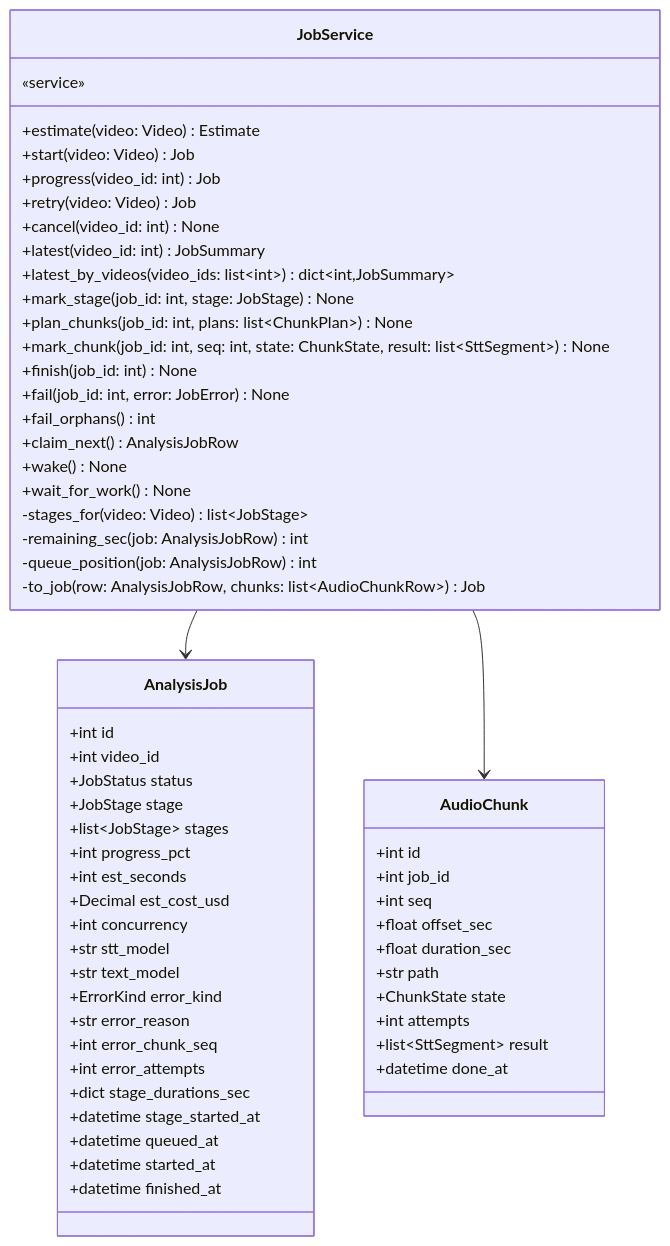
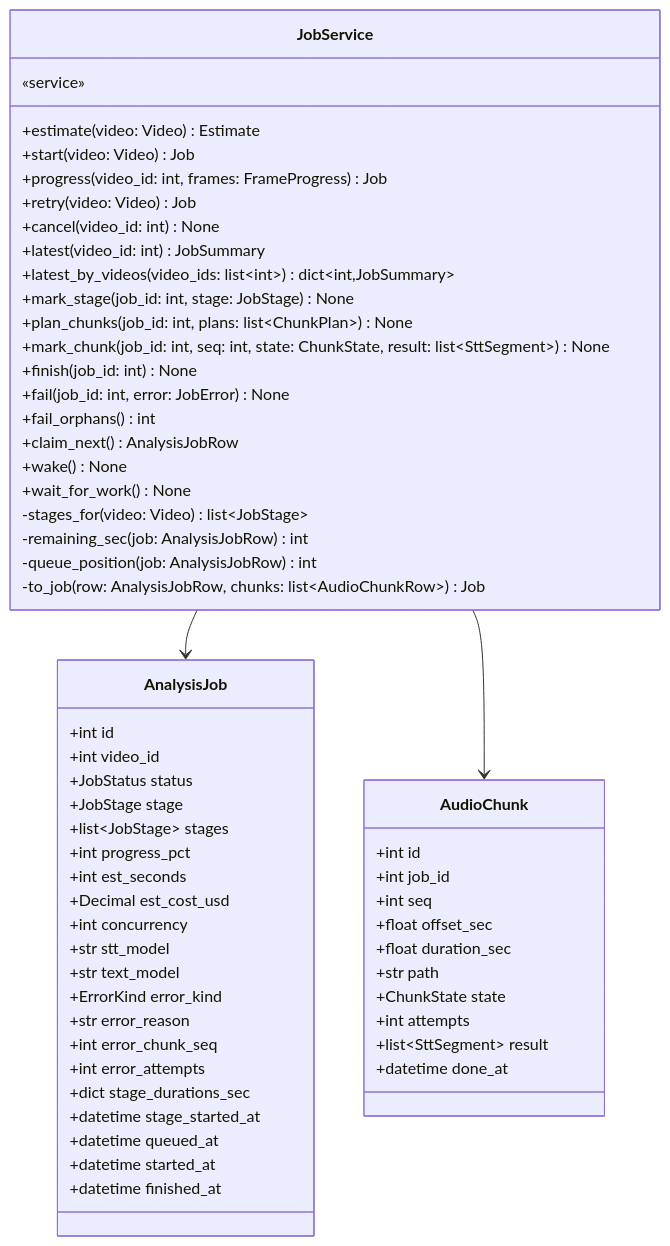
Diagram 17 of 20 in docs/specs/06-DOM/VA-DOM-002.md (HoyoungParkme/video-agent), drawn with Mermaid before and after one commit. The commit also changed other lines of this file, not shown here.

````diff
--- a/docs/specs/06-DOM/VA-DOM-002.md
+++ b/docs/specs/06-DOM/VA-DOM-002.md
@@ -672,62 +783,62 @@
 ```mermaid
 classDiagram
     class JobService {
         «service»
         +estimate(video: Video) Estimate
         +start(video: Video) Job
-        +progress(video_id: int) Job
+        +progress(video_id: int, frames: FrameProgress) Job
         +retry(video: Video) Job
         +cancel(video_id: int) None
         +latest(video_id: int) JobSummary
         +latest_by_videos(video_ids: list~int~) dict~int,JobSummary~
         +mark_stage(job_id: int, stage: JobStage) None
         +plan_chunks(job_id: int, plans: list~ChunkPlan~) None
         +mark_chunk(job_id: int, seq: int, state: ChunkState, result: list~SttSegment~) None
         +finish(job_id: int) None
         +fail(job_id: int, error: JobError) None
         +fail_orphans() int
         +claim_next() AnalysisJobRow
         +wake() None
         +wait_for_work() None
         -stages_for(video: Video) list~JobStage~
         -remaining_sec(job: AnalysisJobRow) int
         -queue_position(job: AnalysisJobRow) int
         -to_job(row: AnalysisJobRow, chunks: list~AudioChunkRow~) Job
     }
     class AnalysisJob {
         +int id
         +int video_id
         +JobStatus status
         +JobStage stage
         +list~JobStage~ stages
         +int progress_pct
         +int est_seconds
         +Decimal est_cost_usd
         +int concurrency
         +str stt_model
         +str text_model
         +ErrorKind error_kind
         +str error_reason
         +int error_chunk_seq
         +int error_attempts
         +dict stage_durations_sec
         +datetime stage_started_at
         +datetime queued_at
         +datetime started_at
         +datetime finished_at
     }
     class AudioChunk {
         +int id
         +int job_id
         +int seq
         +float offset_sec
         +float duration_sec
         +str path
         +ChunkState state
         +int attempts
         +list~SttSegment~ result
         +datetime done_at
     }
     JobService --> AnalysisJob
     JobService --> AudioChunk
 ```
````
